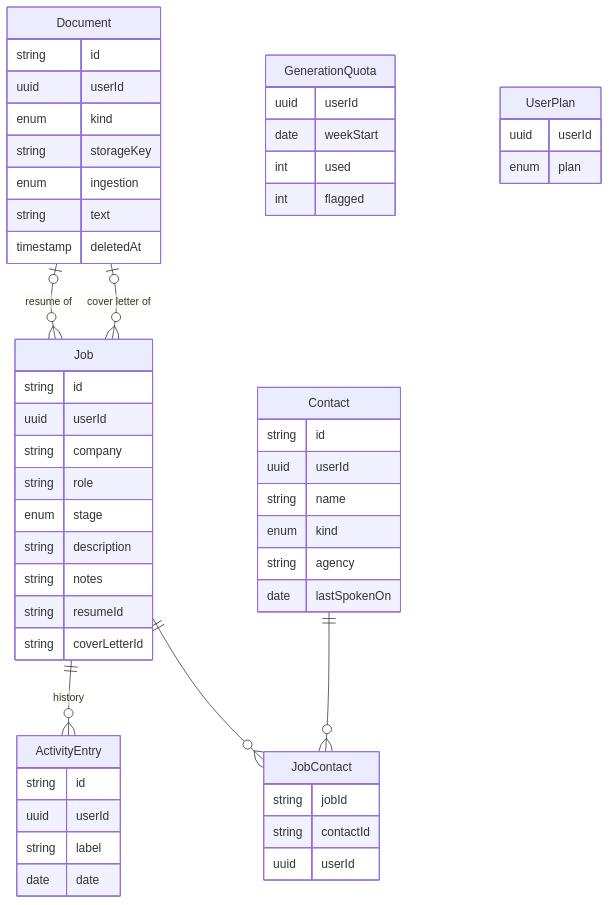
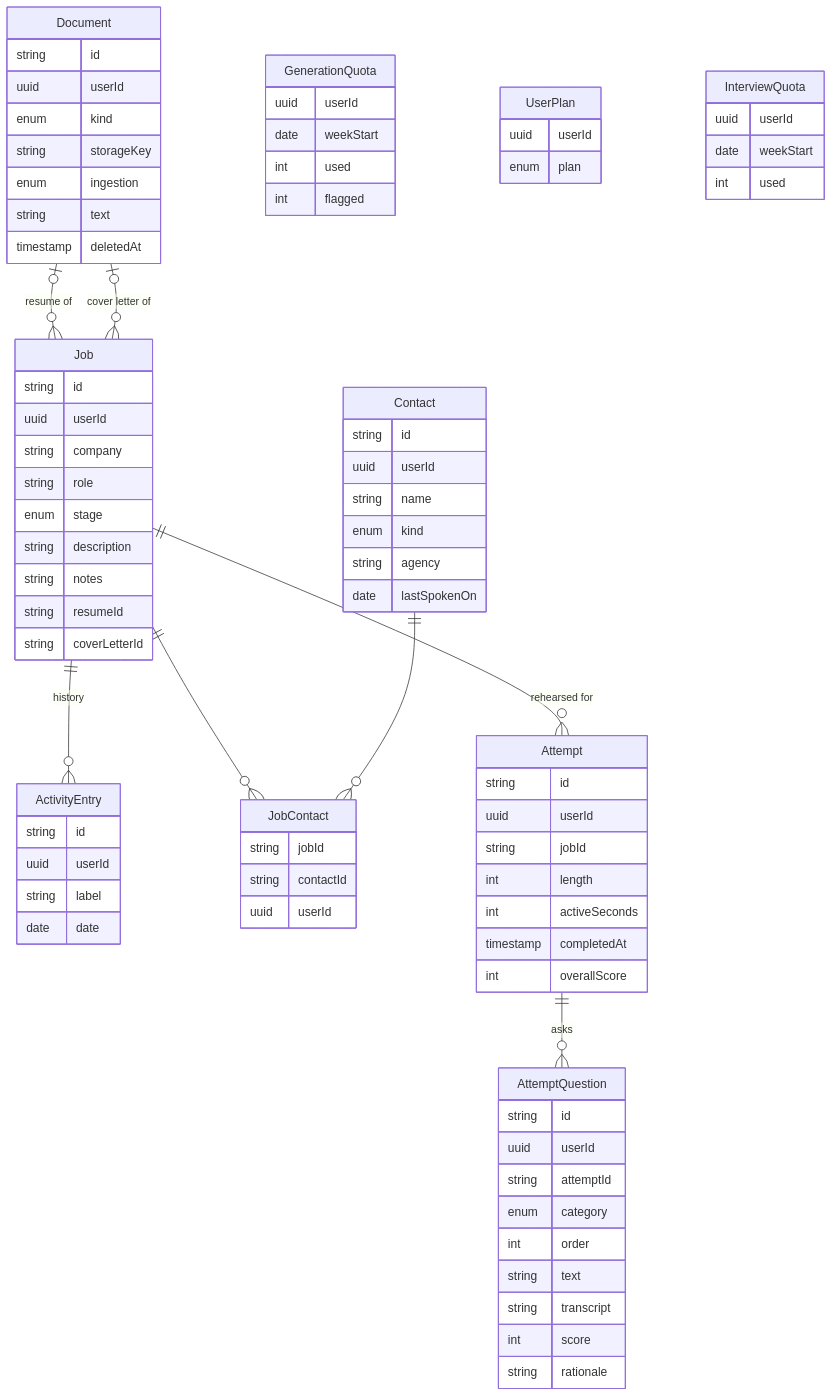
Before and after one commit to craigblunden/trailhead: the seventh of 7 diagrams in docs/architecture.md, drawn with Mermaid. The commit also changed other lines of this file and 27 other files, not shown here.

````diff
--- a/docs/architecture.md
+++ b/docs/architecture.md
@@ -236,6 +264,8 @@
   Contact ||--o{ JobContact : ""
   Document |o--o{ Job : "resume of"
   Document |o--o{ Job : "cover letter of"
+  Job ||--o{ Attempt : "rehearsed for"
+  Attempt ||--o{ AttemptQuestion : "asks"
 
   Job {
     string id
@@ -286,4 +316,29 @@
     uuid userId
     enum plan
   }
+  Attempt {
+    string id
+    uuid userId
+    string jobId
+    int length
+    int activeSeconds
+    timestamp completedAt
+    int overallScore
+  }
+  AttemptQuestion {
+    string id
+    uuid userId
+    string attemptId
+    enum category
+    int order
+    string text
+    string transcript
+    int score
+    string rationale
+  }
+  InterviewQuota {
+    uuid userId
+    date weekStart
+    int used
+  }
 ```
````
